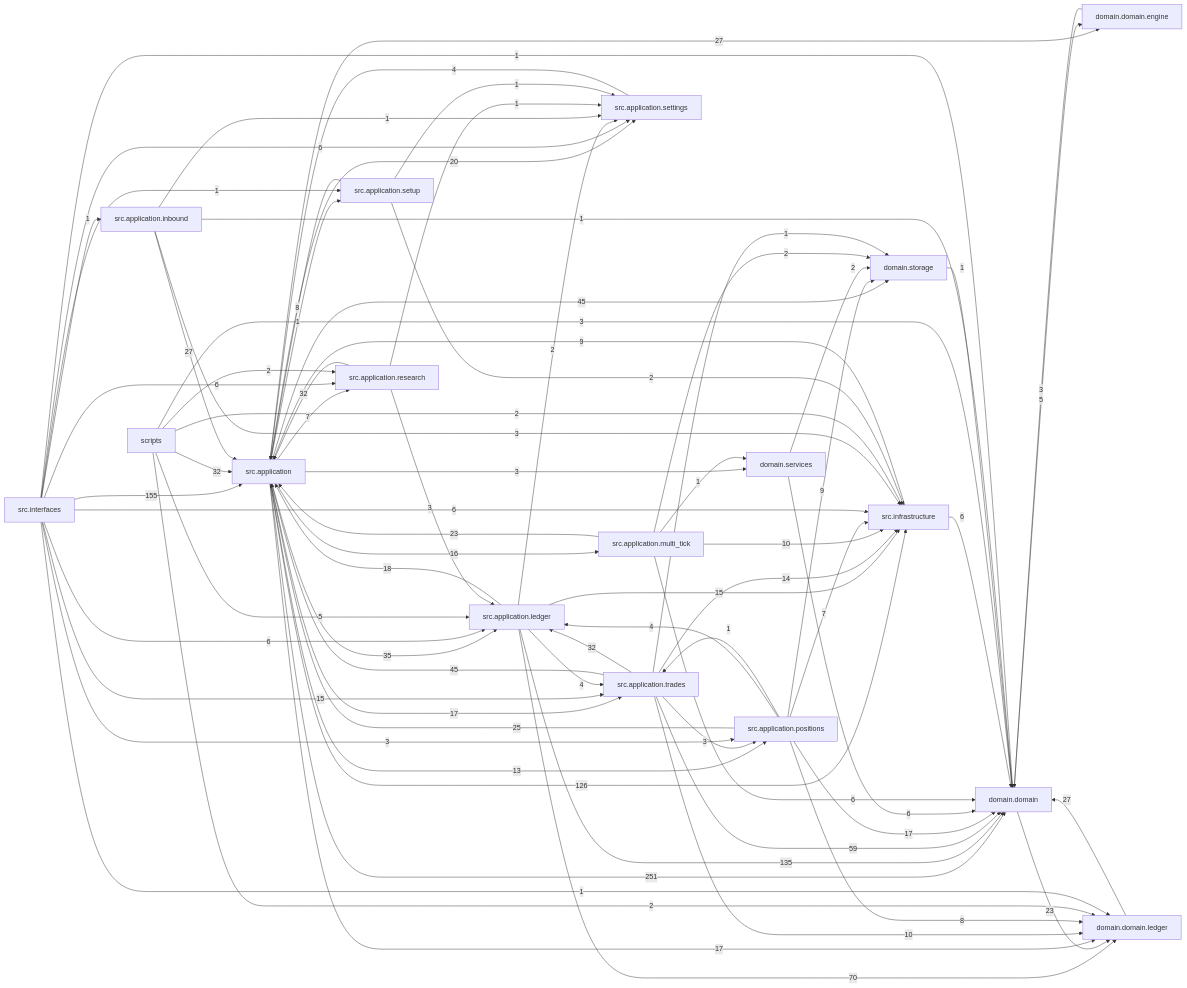
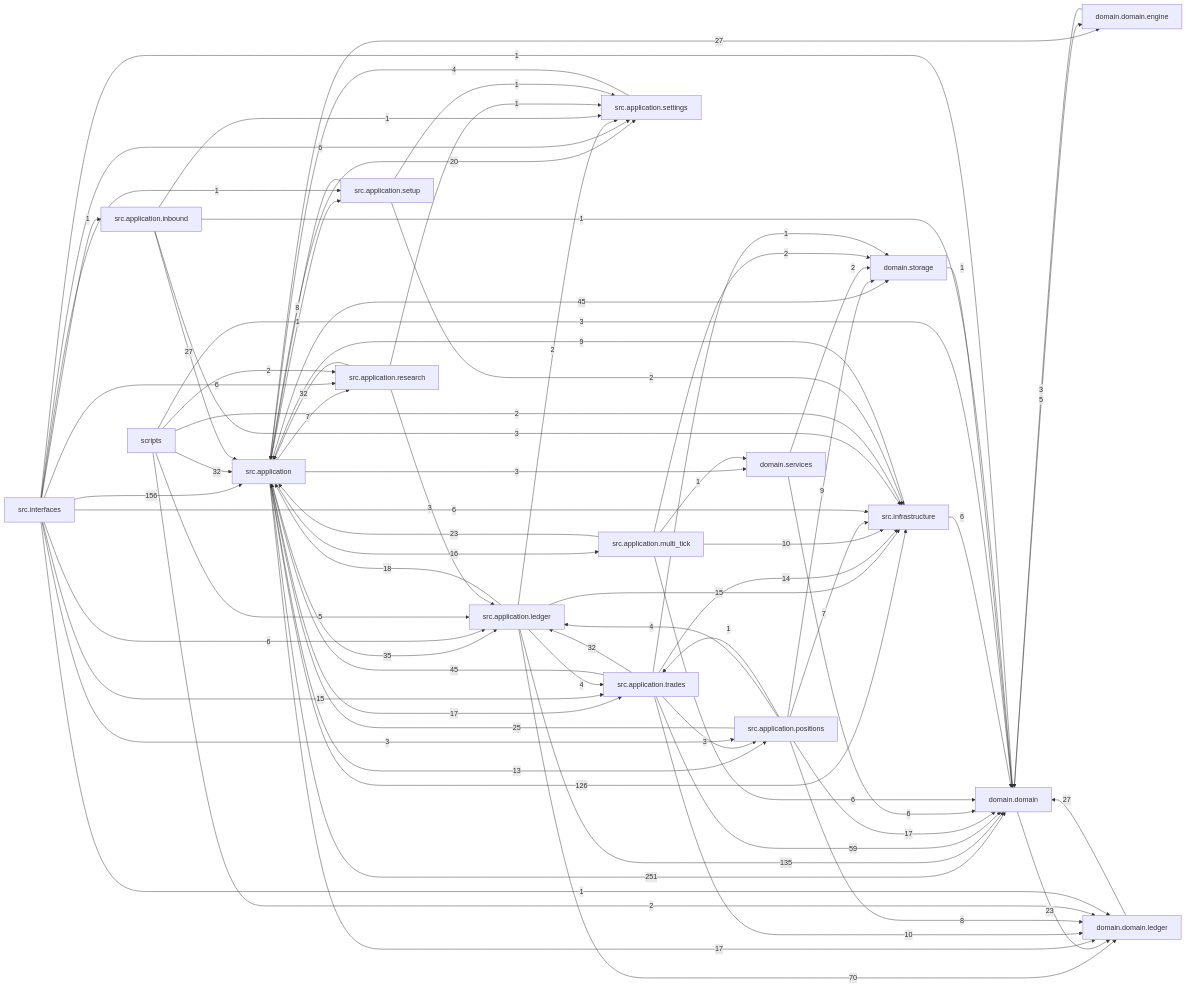
The diagram in docs/dependency_graph.mmd (liuxie066/options-monitor), drawn with Mermaid before and after one commit. The commit also changed 59 other files, not shown here.

```diff
--- a/docs/dependency_graph.mmd
+++ b/docs/dependency_graph.mmd
@@ -1,76 +1,76 @@
 flowchart LR
   src_application["src.application"] -->|251| domain_domain["domain.domain"]
-  src_interfaces["src.interfaces"] -->|155| src_application["src.application"]
+  src_interfaces["src.interfaces"] -->|156| src_application["src.application"]
   src_application_ledger["src.application.ledger"] -->|135| domain_domain["domain.domain"]
   src_application["src.application"] -->|126| src_infrastructure["src.infrastructure"]
   src_application_ledger["src.application.ledger"] -->|70| domain_domain_ledger["domain.domain.ledger"]
   src_application_trades["src.application.trades"] -->|59| domain_domain["domain.domain"]
   src_application["src.application"] -->|45| domain_storage["domain.storage"]
   src_application_trades["src.application.trades"] -->|45| src_application["src.application"]
   src_application["src.application"] -->|35| src_application_ledger["src.application.ledger"]
   scripts["scripts"] -->|32| src_application["src.application"]
   src_application_research["src.application.research"] -->|32| src_application["src.application"]
   src_application_trades["src.application.trades"] -->|32| src_application_ledger["src.application.ledger"]
   domain_domain_ledger["domain.domain.ledger"] -->|27| domain_domain["domain.domain"]
   src_application["src.application"] -->|27| domain_domain_engine["domain.domain.engine"]
   src_application_inbound["src.application.inbound"] -->|27| src_application["src.application"]
   src_application_positions["src.application.positions"] -->|25| src_application["src.application"]
   domain_domain["domain.domain"] -->|23| domain_domain_ledger["domain.domain.ledger"]
   src_application_multi_tick["src.application.multi_tick"] -->|23| src_application["src.application"]
   src_application["src.application"] -->|20| src_application_settings["src.application.settings"]
   src_application_ledger["src.application.ledger"] -->|18| src_application["src.application"]
   src_application["src.application"] -->|17| domain_domain_ledger["domain.domain.ledger"]
   src_application["src.application"] -->|17| src_application_trades["src.application.trades"]
   src_application_positions["src.application.positions"] -->|17| domain_domain["domain.domain"]
   src_application["src.application"] -->|16| src_application_multi_tick["src.application.multi_tick"]
   src_application_ledger["src.application.ledger"] -->|15| src_infrastructure["src.infrastructure"]
   src_interfaces["src.interfaces"] -->|15| src_application_trades["src.application.trades"]
   src_application_trades["src.application.trades"] -->|14| src_infrastructure["src.infrastructure"]
   src_application["src.application"] -->|13| src_application_positions["src.application.positions"]
   src_application_multi_tick["src.application.multi_tick"] -->|10| src_infrastructure["src.infrastructure"]
   src_application_trades["src.application.trades"] -->|10| domain_domain_ledger["domain.domain.ledger"]
   src_application_positions["src.application.positions"] -->|9| domain_storage["domain.storage"]
   src_infrastructure["src.infrastructure"] -->|9| src_application["src.application"]
   src_application_positions["src.application.positions"] -->|8| domain_domain_ledger["domain.domain.ledger"]
   src_application_setup["src.application.setup"] -->|8| src_application["src.application"]
   src_application["src.application"] -->|7| src_application_research["src.application.research"]
   src_application_positions["src.application.positions"] -->|7| src_infrastructure["src.infrastructure"]
   domain_services["domain.services"] -->|6| domain_domain["domain.domain"]
   src_application_multi_tick["src.application.multi_tick"] -->|6| domain_domain["domain.domain"]
   src_infrastructure["src.infrastructure"] -->|6| domain_domain["domain.domain"]
   src_interfaces["src.interfaces"] -->|6| src_application_ledger["src.application.ledger"]
   src_interfaces["src.interfaces"] -->|6| src_application_research["src.application.research"]
   src_interfaces["src.interfaces"] -->|6| src_application_settings["src.application.settings"]
   src_interfaces["src.interfaces"] -->|6| src_infrastructure["src.infrastructure"]
   domain_domain["domain.domain"] -->|5| domain_domain_engine["domain.domain.engine"]
   scripts["scripts"] -->|5| src_application_ledger["src.application.ledger"]
   src_application_ledger["src.application.ledger"] -->|4| src_application_trades["src.application.trades"]
   src_application_positions["src.application.positions"] -->|4| src_application_ledger["src.application.ledger"]
   src_application_settings["src.application.settings"] -->|4| src_application["src.application"]
   domain_domain_engine["domain.domain.engine"] -->|3| domain_domain["domain.domain"]
   scripts["scripts"] -->|3| domain_domain["domain.domain"]
   src_application["src.application"] -->|3| domain_services["domain.services"]
   src_application_inbound["src.application.inbound"] -->|3| src_infrastructure["src.infrastructure"]
   src_application_research["src.application.research"] -->|3| src_application_ledger["src.application.ledger"]
   src_application_trades["src.application.trades"] -->|3| src_application_positions["src.application.positions"]
   src_interfaces["src.interfaces"] -->|3| src_application_positions["src.application.positions"]
   domain_services["domain.services"] -->|2| domain_storage["domain.storage"]
   scripts["scripts"] -->|2| domain_domain_ledger["domain.domain.ledger"]
   scripts["scripts"] -->|2| src_application_research["src.application.research"]
   scripts["scripts"] -->|2| src_infrastructure["src.infrastructure"]
   src_application_ledger["src.application.ledger"] -->|2| src_application_settings["src.application.settings"]
   src_application_multi_tick["src.application.multi_tick"] -->|2| domain_storage["domain.storage"]
   src_application_setup["src.application.setup"] -->|2| src_infrastructure["src.infrastructure"]
   domain_storage["domain.storage"] -->|1| domain_domain["domain.domain"]
   src_application["src.application"] -->|1| src_application_setup["src.application.setup"]
   src_application_inbound["src.application.inbound"] -->|1| domain_domain["domain.domain"]
   src_application_inbound["src.application.inbound"] -->|1| src_application_settings["src.application.settings"]
   src_application_multi_tick["src.application.multi_tick"] -->|1| domain_services["domain.services"]
   src_application_positions["src.application.positions"] -->|1| src_application_trades["src.application.trades"]
   src_application_research["src.application.research"] -->|1| src_application_settings["src.application.settings"]
   src_application_setup["src.application.setup"] -->|1| src_application_settings["src.application.settings"]
   src_application_trades["src.application.trades"] -->|1| domain_storage["domain.storage"]
   src_interfaces["src.interfaces"] -->|1| domain_domain["domain.domain"]
   src_interfaces["src.interfaces"] -->|1| domain_domain_ledger["domain.domain.ledger"]
   src_interfaces["src.interfaces"] -->|1| src_application_inbound["src.application.inbound"]
   src_interfaces["src.interfaces"] -->|1| src_application_setup["src.application.setup"]
```
